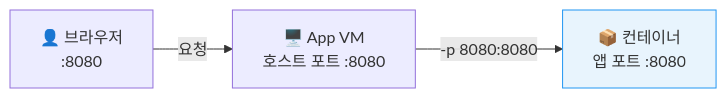
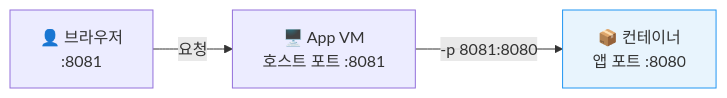
Before and after one commit to skilleat-labs/cloud-native-minwon-lab: the first of 2 diagrams in docs/day2/session2.md, drawn with Mermaid. The commit also changed other lines of this file, not shown here.

````diff
--- a/docs/day2/session2.md
+++ b/docs/day2/session2.md
@@ -33,11 +33,11 @@
 ```mermaid
 flowchart LR
-    U["👤 브라우저\n:8080"]
-    VM["🖥️ App VM\n호스트 포트 :8080"]
+    U["👤 브라우저\n:8081"]
+    VM["🖥️ App VM\n호스트 포트 :8081"]
     CT["📦 컨테이너\n앱 포트 :8080"]
 
     U -->|"요청"| VM
-    VM -->|"-p 8080:8080"| CT
+    VM -->|"-p 8081:8080"| CT
 
     style CT fill:#e8f4fd,stroke:#2196F3
 ```
````
